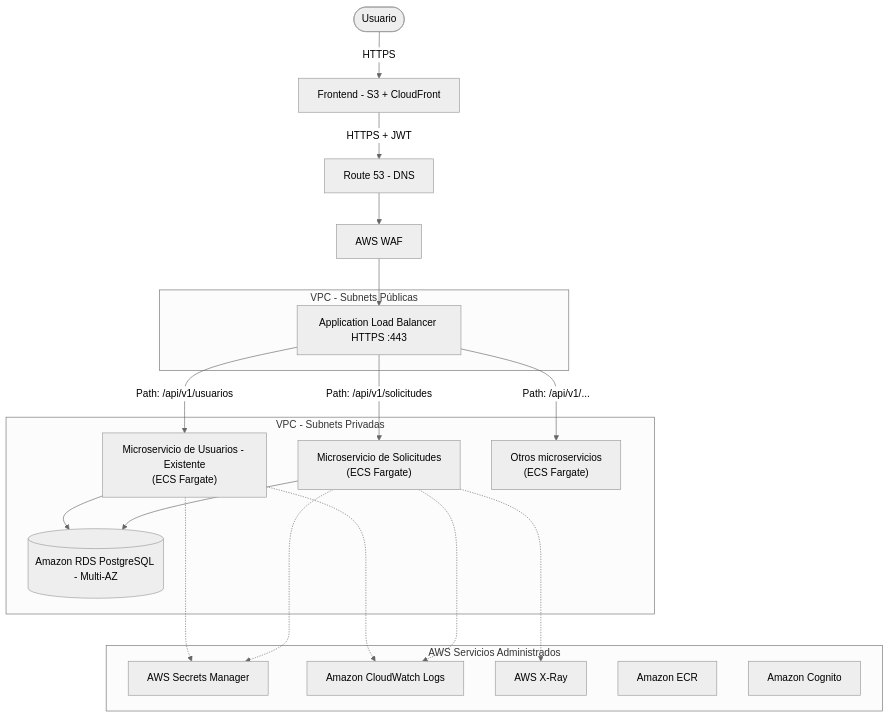
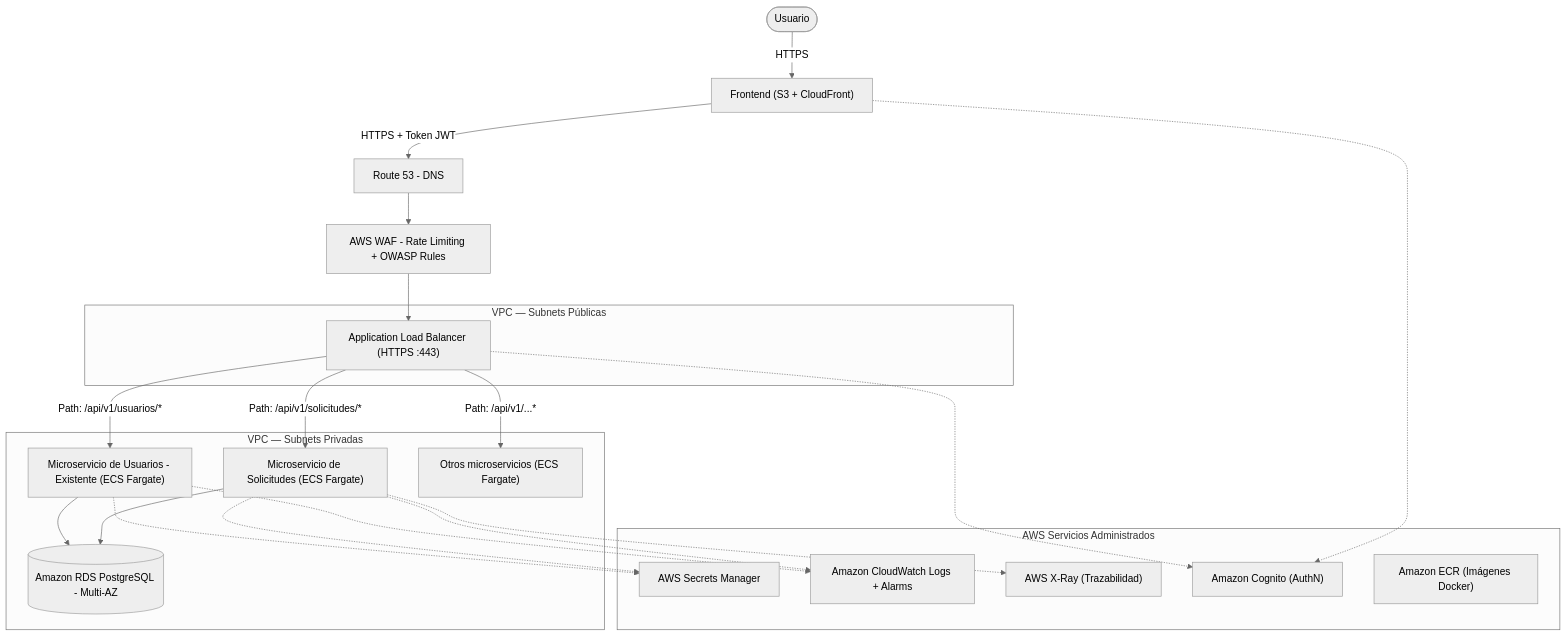
One commit to 11julio11/Prueba-T-cnica changed the diagram in AWS_PROPOSAL.md. Above: the diagram before and after it, drawn with Mermaid (neutral theme). The commit also changed 1 other file, not shown here.

Commit message:
docs: fix mermaid diagram syntax and add hexagonal layer diagram to README

````diff
--- a/AWS_PROPOSAL.md
+++ b/AWS_PROPOSAL.md
@@ -7,38 +7,41 @@
 ```mermaid
 graph TD
-    User([Usuario]) -->|HTTPS| Frontend[Frontend - S3 + CloudFront]
-    Frontend -->|HTTPS + JWT| Route53[Route 53 - DNS]
-    Route53 --> WAF[AWS WAF]
-    WAF --> ALB[Application Load Balancer HTTPS :443]
+    User([Usuario]) -->|HTTPS| Frontend["Frontend (S3 + CloudFront)"]
+    Frontend -->|"HTTPS + Token JWT"| Route53["Route 53 - DNS"]
+    Route53 --> WAF["AWS WAF - Rate Limiting + OWASP Rules"]
+    WAF --> ALB["Application Load Balancer (HTTPS :443)"]
 
-    subgraph "VPC - Subnets Públicas"
+    subgraph PUB ["VPC — Subnets Públicas"]
         ALB
     end
 
-    subgraph "VPC - Subnets Privadas"
-        SvcSolicitudes["Microservicio de Solicitudes<br/>(ECS Fargate)"]
-        SvcUsuarios["Microservicio de Usuarios - Existente<br/>(ECS Fargate)"]
-        Others["Otros microservicios<br/>(ECS Fargate)"]
+    subgraph PRIV ["VPC — Subnets Privadas"]
+        SvcSolicitudes["Microservicio de Solicitudes (ECS Fargate)"]
+        SvcUsuarios["Microservicio de Usuarios - Existente (ECS Fargate)"]
+        Others["Otros microservicios (ECS Fargate)"]
+        DB[("Amazon RDS PostgreSQL - Multi-AZ")]
 
-        ALB -->|Path: /api/v1/solicitudes| SvcSolicitudes
-        ALB -->|Path: /api/v1/usuarios| SvcUsuarios
-        ALB -->|Path: /api/v1/...| Others
+        ALB -->|"Path: /api/v1/solicitudes/*"| SvcSolicitudes
+        ALB -->|"Path: /api/v1/usuarios/*"| SvcUsuarios
+        ALB -->|"Path: /api/v1/...*"| Others
 
-        SvcSolicitudes --> DB[(Amazon RDS PostgreSQL - Multi-AZ)]
+        SvcSolicitudes --> DB
         SvcUsuarios --> DB
     end
 
-    subgraph "AWS Servicios Administrados"
-        Secrets[AWS Secrets Manager]
-        Logs[Amazon CloudWatch Logs]
-        Trace[AWS X-Ray]
-        ECR[Amazon ECR]
-        Cognito[Amazon Cognito]
+    subgraph AWS ["AWS Servicios Administrados"]
+        Secrets["AWS Secrets Manager"]
+        Logs["Amazon CloudWatch Logs + Alarms"]
+        Trace["AWS X-Ray (Trazabilidad)"]
+        Cognito["Amazon Cognito (AuthN)"]
+        ECR["Amazon ECR (Imágenes Docker)"]
+    end
 
-        SvcSolicitudes -..-> Secrets
-        SvcSolicitudes -..-> Logs
-        SvcSolicitudes -..-> Trace
-        SvcUsuarios -..-> Secrets
-        SvcUsuarios -..-> Logs
-    end
+    SvcSolicitudes -.-> Secrets
+    SvcSolicitudes -.-> Logs
+    SvcSolicitudes -.-> Trace
+    SvcUsuarios -.-> Secrets
+    SvcUsuarios -.-> Logs
+    Frontend -.-> Cognito
+    ALB -.-> Cognito
 ```
````
